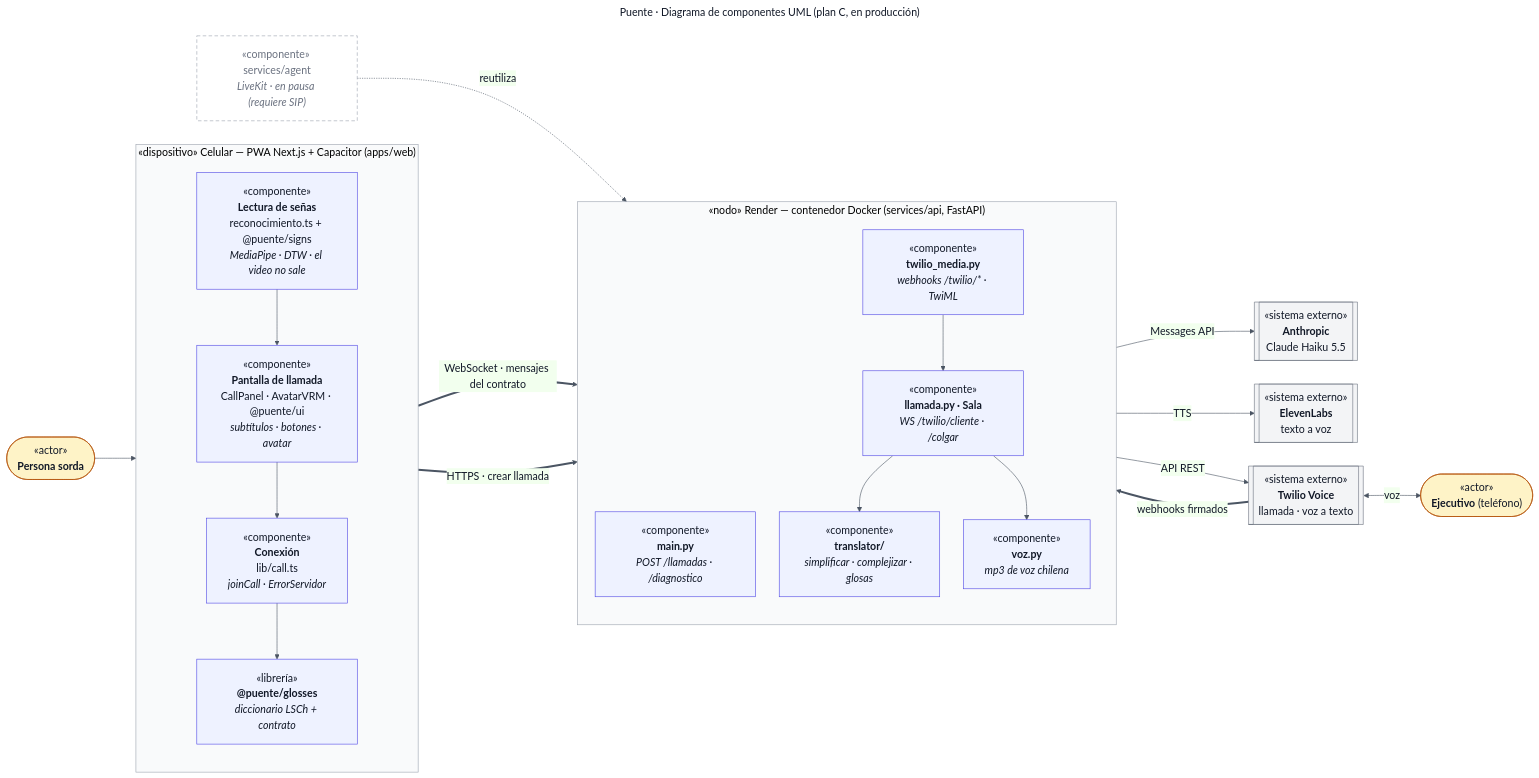
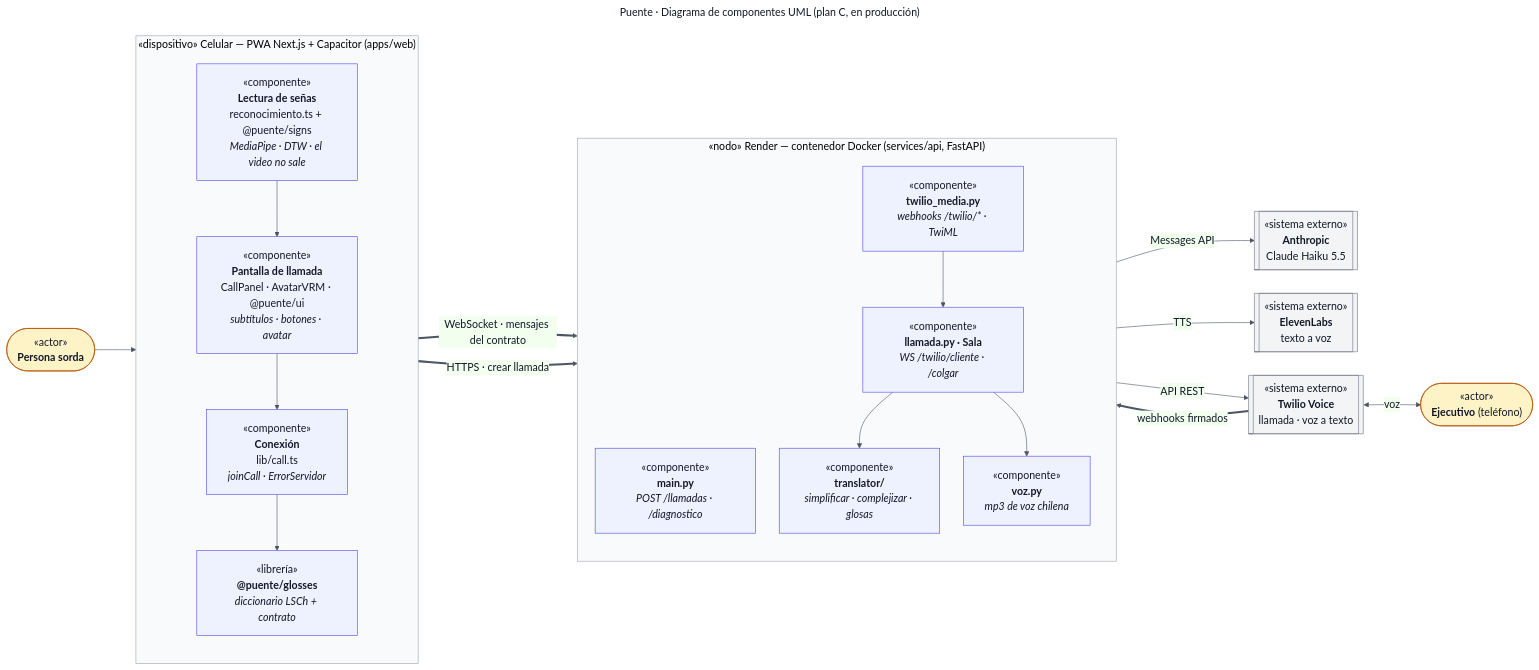
One commit to platanus-hack/platanus-hack-26-cl-team-12 changed the diagram in docs/diagramas/uml/15-componentes-plan-c.mmd. Above: the diagram before and after it, drawn with Mermaid. The commit also changed 4 other files, not shown here.

Commit message:
docs(diagramas): quitar el agente LiveKit (no se usa)

```diff
--- a/docs/diagramas/uml/15-componentes-plan-c.mmd
+++ b/docs/diagramas/uml/15-componentes-plan-c.mmd
@@ -1,70 +1,66 @@
 ---
 title: "Puente · Diagrama de componentes UML (plan C, en producción)"
 config:
   theme: base
   themeVariables:
     fontSize: 18px
     fontFamily: "Inter, Helvetica, Arial, sans-serif"
     primaryColor: "#eef2ff"
     primaryBorderColor: "#4f46e5"
     primaryTextColor: "#111827"
     lineColor: "#4b5563"
     clusterBkg: "#f9fafb"
     clusterBorder: "#9ca3af"
   flowchart:
     nodeSpacing: 40
     rankSpacing: 70
     padding: 18
 ---
 flowchart LR
     actorS(["«actor»<br/><b>Persona sorda</b>"])
 
     subgraph CEL["«dispositivo» Celular — PWA Next.js + Capacitor (apps/web)"]
         direction TB
         Reco["«componente»<br/><b>Lectura de señas</b><br/>reconocimiento.ts + @puente/signs<br/><i>MediaPipe · DTW · el video no sale</i>"]
         CallPanel["«componente»<br/><b>Pantalla de llamada</b><br/>CallPanel · AvatarVRM · @puente/ui<br/><i>subtítulos · botones · avatar</i>"]
         CallTs["«componente»<br/><b>Conexión</b><br/>lib/call.ts<br/><i>joinCall · ErrorServidor</i>"]
         Glosses["«librería»<br/><b>@puente/glosses</b><br/><i>diccionario LSCh + contrato</i>"]
     end
 
     subgraph RENDER["«nodo» Render — contenedor Docker (services/api, FastAPI)"]
         direction TB
         Main["«componente»<br/><b>main.py</b><br/><i>POST /llamadas · /diagnostico</i>"]
         Sala["«componente»<br/><b>llamada.py · Sala</b><br/><i>WS /twilio/cliente · /colgar</i>"]
         Media["«componente»<br/><b>twilio_media.py</b><br/><i>webhooks /twilio/* · TwiML</i>"]
         Trad["«componente»<br/><b>translator/</b><br/><i>simplificar · complejizar · glosas</i>"]
         Voz["«componente»<br/><b>voz.py</b><br/><i>mp3 de voz chilena</i>"]
     end
 
-    Agent["«componente» services/agent<br/><i>LiveKit · en pausa (requiere SIP)</i>"]
 
     Claude[["«sistema externo»<br/><b>Anthropic</b><br/>Claude Haiku 5.5"]]
     Eleven[["«sistema externo»<br/><b>ElevenLabs</b><br/>texto a voz"]]
     Twilio[["«sistema externo»<br/><b>Twilio Voice</b><br/>llamada · voz a texto"]]
     actorE(["«actor»<br/><b>Ejecutivo</b> (teléfono)"])
 
     actorS --> CallPanel
     Reco --> CallPanel
     CallPanel --> CallTs
     CallTs --> Glosses
 
     CallTs == "WebSocket · mensajes del contrato" ==> Sala
     CallTs == "HTTPS · crear llamada" ==> Main
 
     Media --> Sala
     Sala --> Trad
     Sala --> Voz
-    Agent -.-> |reutiliza| Trad
 
     Trad -- "Messages API" --> Claude
     Voz -- "TTS" --> Eleven
     Main -- "API REST" --> Twilio
     Twilio == "webhooks firmados" ==> Media
     Twilio <-- "voz" --> actorE
 
     classDef ext fill:#f3f4f6,stroke:#6b7280,color:#111827
-    classDef pausa fill:#ffffff,stroke:#9ca3af,stroke-dasharray:6 4,color:#6b7280
     classDef actor fill:#fef3c7,stroke:#b45309,color:#111827
     class Claude,Eleven,Twilio ext
-    class Agent pausa
     class actorS,actorE actor
```
